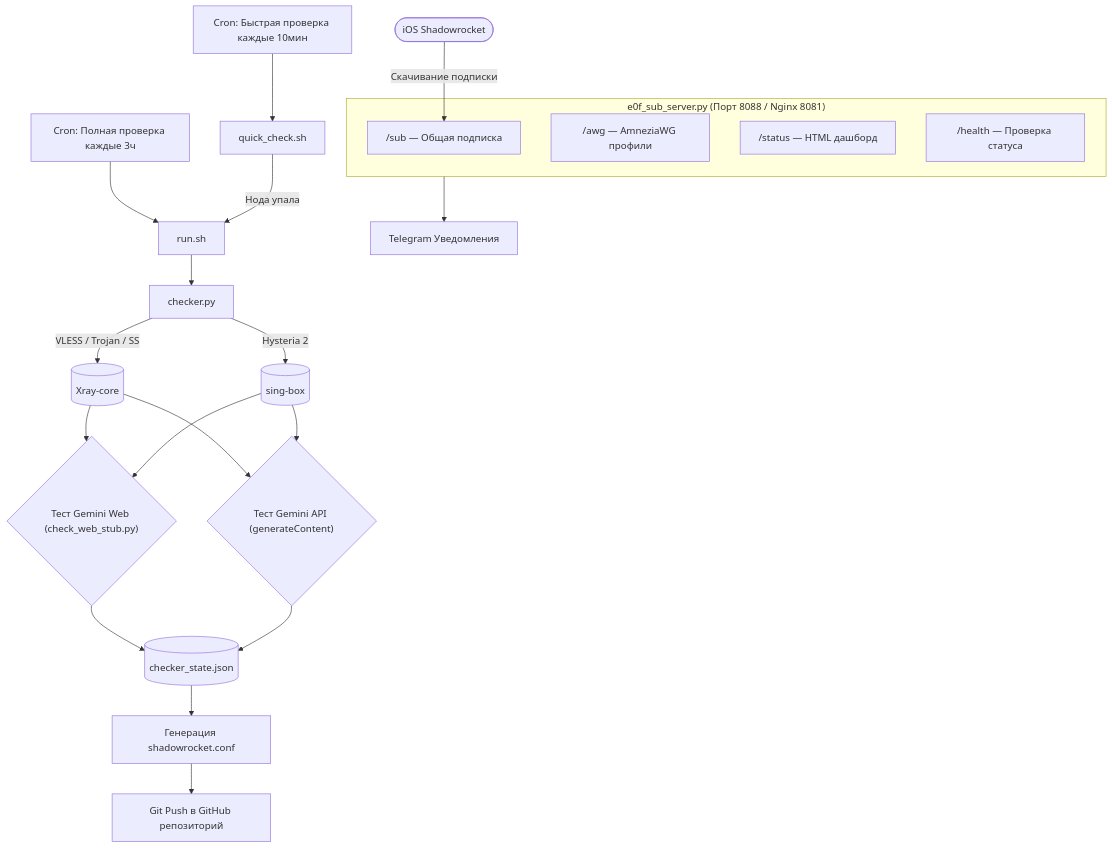
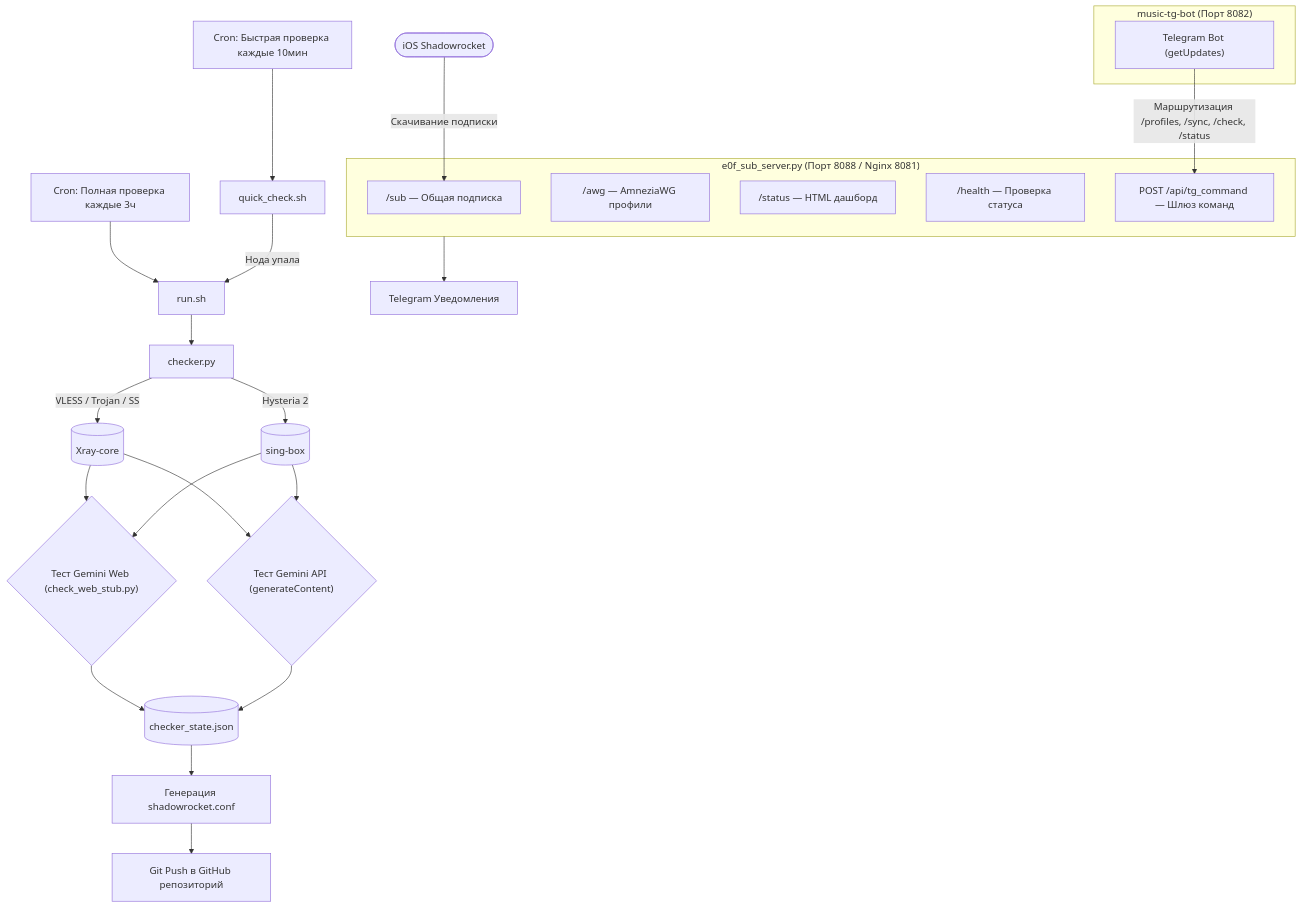
One commit to teddyxanya/Gemini-Proxy-Checker changed the diagram in README.md. Above: the diagram before and after it, drawn with Mermaid. The commit also changed other lines of this file, not shown here.

Commit message:
docs: add unified router architecture and telegram commands table to README

````diff
--- a/README.md
+++ b/README.md
@@ -49,29 +69,35 @@
 ```mermaid
 flowchart TD
     CronFull["Cron: Полная проверка каждые 3ч"] --> Run["run.sh"]
     CronQuick["Cron: Быстрая проверка каждые 10мин"] --> Quick["quick_check.sh"]
     Quick -->|Нода упала| Run
     
     Run --> Checker["checker.py"]
     Checker -->|VLESS / Trojan / SS| Xray[("Xray-core")]
     Checker -->|Hysteria 2| SingBox[("sing-box")]
     
     Xray --> TestWeb{"Тест Gemini Web (check_web_stub.py)"}
     SingBox --> TestWeb
     Xray --> TestAPI{"Тест Gemini API (generateContent)"}
     SingBox --> TestAPI
     
     TestWeb & TestAPI --> State[("checker_state.json")]
     State --> GenConf["Генерация shadowrocket.conf"]
     GenConf --> GitPush["Git Push в GitHub репозиторий"]
     
     subgraph Daemon["e0f_sub_server.py (Порт 8088 / Nginx 8081)"]
         SubAPI["/sub — Общая подписка"]
         AWGAPI["/awg — AmneziaWG профили"]
         StatusWeb["/status — HTML дашборд"]
         HealthAPI["/health — Проверка статуса"]
+        TGCommand["POST /api/tg_command — Шлюз команд"]
     end
     
-    Daemon --> TG["Telegram Уведомления"]
+    subgraph MusicBot["music-tg-bot (Порт 8082)"]
+        TGBot["Telegram Bot (getUpdates)"]
+    end
+    
+    TGBot -->|"Маршрутизация /profiles, /sync, /check, /status"| TGCommand
+    Daemon --> TGNotify["Telegram Уведомления"]
     ShadowrocketClient(["iOS Shadowrocket"]) -->|Скачивание подписки| SubAPI
 ```
````
